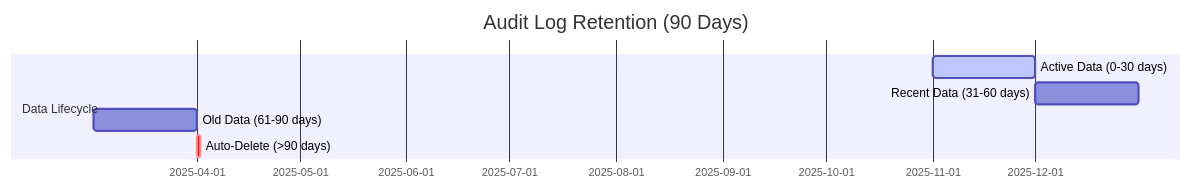
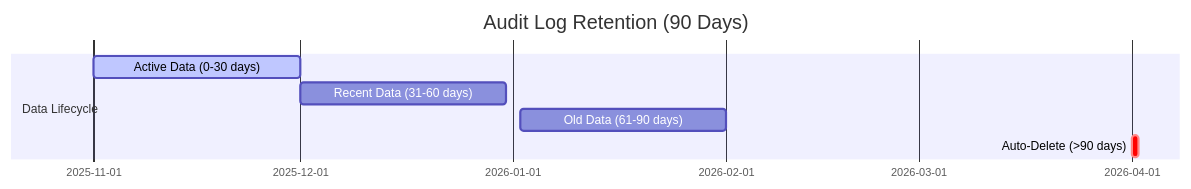
Before and after one commit to telemetryflow/telemetryflow-core: diagram 12 of 26 in docs/CORE_MODULES.md, drawn with Mermaid. The commit also changed 7 other files, not shown here.

````diff
--- a/docs/CORE_MODULES.md
+++ b/docs/CORE_MODULES.md
@@ -481,10 +481,10 @@
 ```mermaid
 gantt
     title Audit Log Retention (90 Days)
     dateFormat YYYY-MM-DD
     section Data Lifecycle
     Active Data (0-30 days)     :active, 2025-11-01, 30d
     Recent Data (31-60 days)    :2025-11-31, 30d
-    Old Data (61-90 days)       :2025-03-02, 30d
-    Auto-Delete (>90 days)      :crit, 2025-04-01, 1d
+    Old Data (61-90 days)       :2026-01-02, 30d
+    Auto-Delete (>90 days)      :crit, 2026-04-01, 1d
 ```
````
